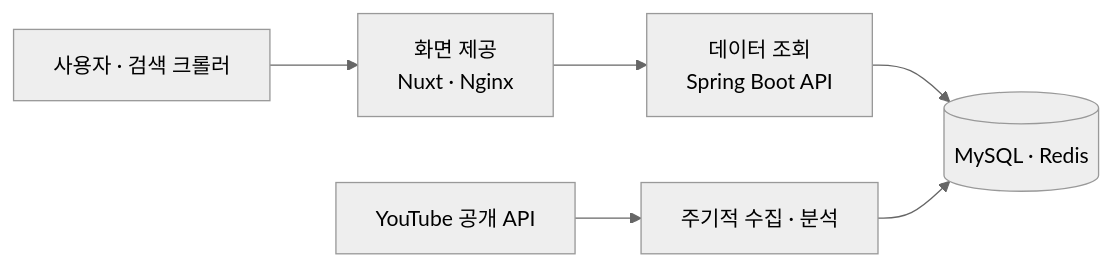
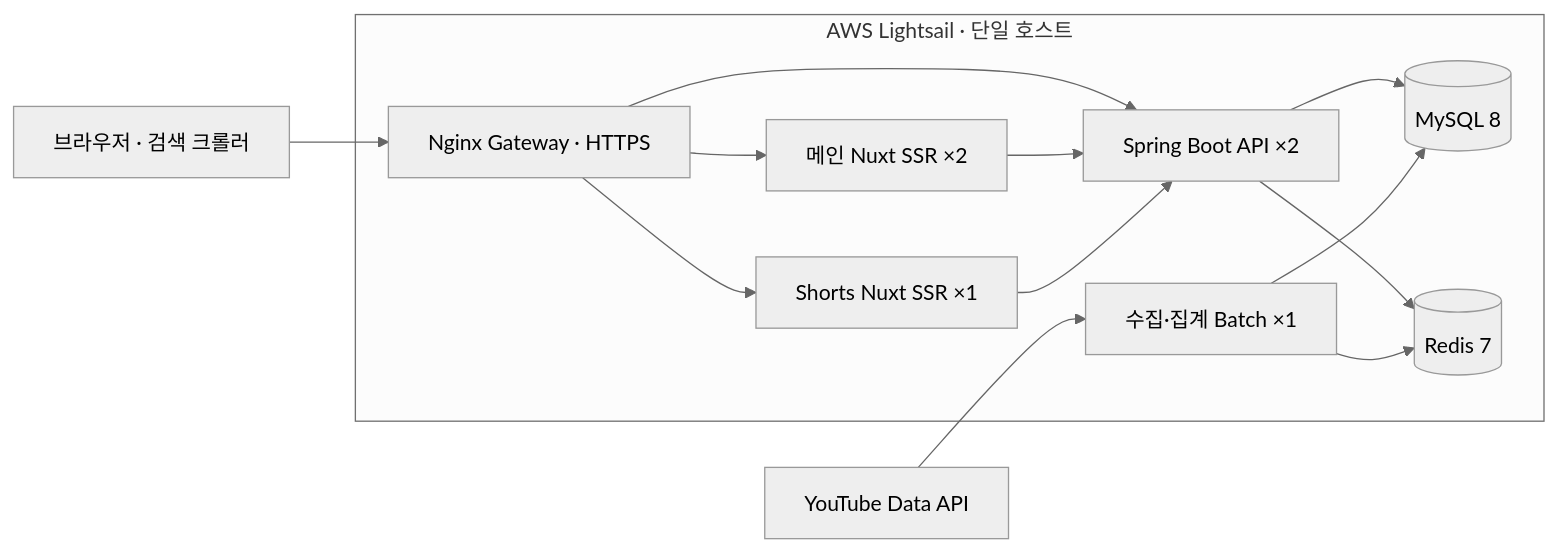
The diagram in README.md (dakcoh/tubeten), drawn with Mermaid (neutral theme) before and after one commit. The commit also changed other lines of this file and 6 other files, not shown here.

````diff
--- a/README.md
+++ b/README.md
@@ -77,8 +45,16 @@
 ```mermaid
 flowchart LR
-    Visitor["사용자 · 검색 크롤러"] --> Web["화면 제공<br/>Nuxt · Nginx"]
-    Web --> API["데이터 조회<br/>Spring Boot API"]
-    API --> DB[("MySQL · Redis")]
-    YouTube["YouTube 공개 API"] --> Batch["주기적 수집 · 분석"]
-    Batch --> DB
+    Visitor["브라우저 · 검색 크롤러"] --> Gateway
+    Youtube["YouTube Data API"] --> Collector
+    subgraph Lightsail["AWS Lightsail · 단일 호스트"]
+        Gateway["Nginx Gateway · HTTPS"] --> Main["메인 Nuxt SSR ×2"]
+        Gateway --> Shorts["Shorts Nuxt SSR ×1"]
+        Gateway --> Api["Spring Boot API ×2"]
+        Main --> Api
+        Shorts --> Api
+        Api --> Mysql[("MySQL 8")]
+        Api --> Redis[("Redis 7")]
+        Collector["수집·집계 Batch ×1"] --> Mysql
+        Collector --> Redis
+    end
 ```
````
